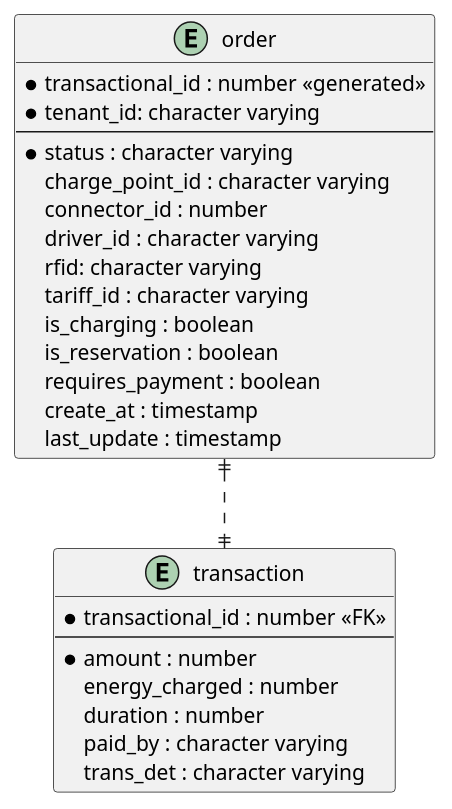
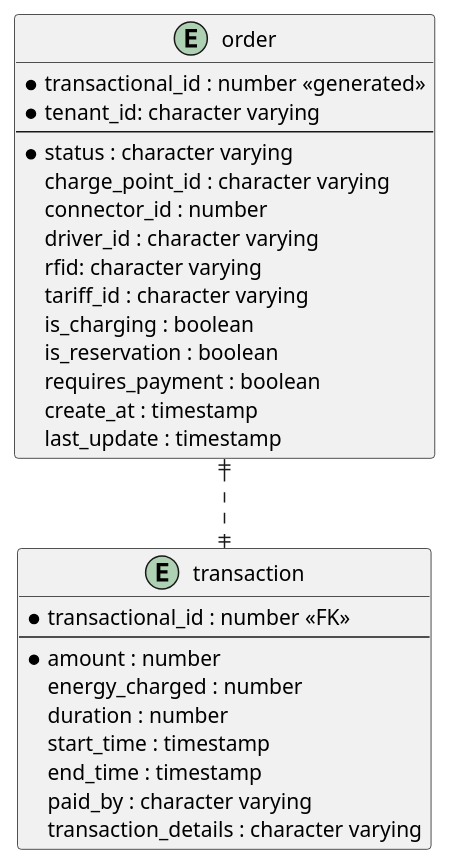
The diagram in resource/ms_ev_driver_management.pu (Chen-Xueer/ms_order_service), drawn with PlantUML before and after one commit. The commit also changed 28 other files, not shown here.

```diff
--- a/resource/ms_ev_driver_management.pu
+++ b/resource/ms_ev_driver_management.pu
@@ -1,39 +1,41 @@
 @startuml
 ' hide the spot
 ' hide circle
 
 ' avoid problems with angled crows feet
 skinparam linetype ortho
 
 
 entity "order" as order {
     *transactional_id : number <<generated>>
     *tenant_id: character varying
     --
     *status : character varying
     charge_point_id : character varying
     connector_id : number
     driver_id : character varying
     rfid: character varying
     tariff_id : character varying
     is_charging : boolean
     is_reservation : boolean
     requires_payment : boolean
     create_at : timestamp
     last_update : timestamp
 }
 
 entity "transaction" as transaction {
     *transactional_id : number <<FK>>
     --
     *amount : number
     energy_charged : number
     duration : number
+    start_time : timestamp
+    end_time : timestamp
     paid_by : character varying
-    trans_det : character varying
+    transaction_details : character varying
 }
 
 
 order ||..|| transaction
 
 @enduml
```
